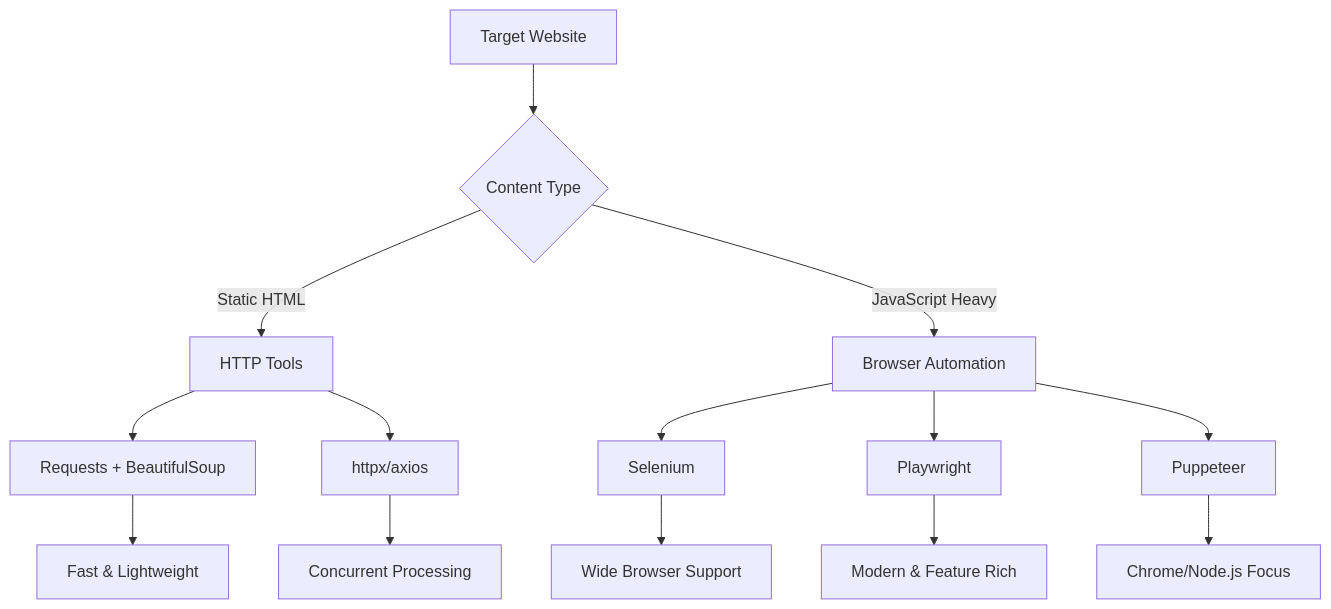
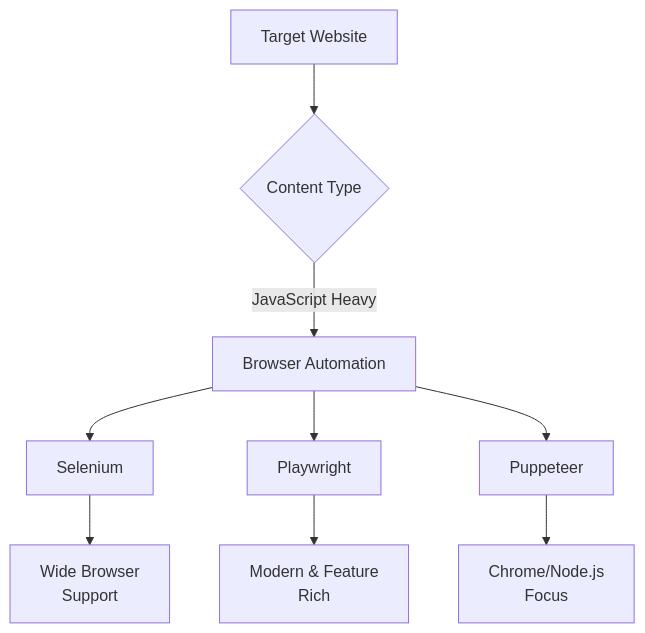
The second of 4 diagrams in _posts/2025-05-19-scraping-tools-compared-finding-your-starting-point.md (bytetunnels/bytetunnels.github.com), drawn with Mermaid before and after one commit. The commit also changed other lines of this file and 118 other files, not shown here.

Commit message:
feat: improve diagram styling and compact wide flowcharts

````diff
--- a/_posts/2025-05-19-scraping-tools-compared-finding-your-starting-point.md
+++ b/_posts/2025-05-19-scraping-tools-compared-finding-your-starting-point.md
@@ -75,19 +87,13 @@
 ```mermaid
 graph TD
     A[Target Website] --> B{Content Type}
-    B -->|Static HTML| C[HTTP Tools]
     B -->|JavaScript Heavy| D[Browser Automation]
-    
-    C --> E[Requests + BeautifulSoup]
-    C --> F[httpx/axios]
-    
+
     D --> G[Selenium]
     D --> H[Playwright]
     D --> I[Puppeteer]
-    
-    E --> J["Fast & Lightweight"]
-    F --> K[Concurrent Processing]
-    G --> L[Wide Browser Support]
-    H --> M["Modern & Feature Rich"]
-    I --> N[Chrome/Node.js Focus]
+
+    G --> L["Wide Browser<br/>Support"]
+    H --> M["Modern & Feature<br/>Rich"]
+    I --> N["Chrome/Node.js<br/>Focus"]
 ```
````
